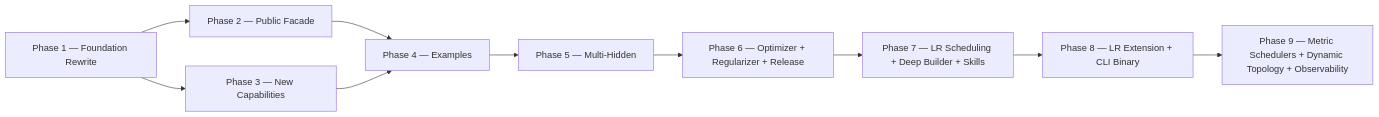
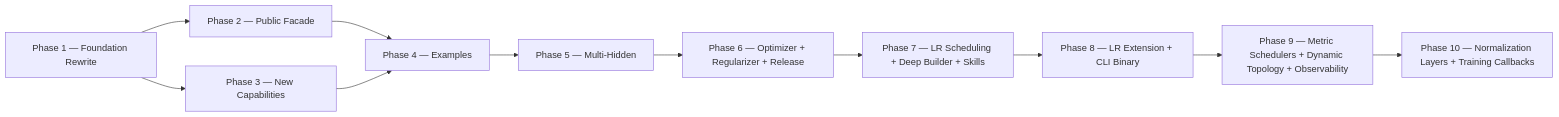
One commit to teratron/gonn changed the diagram in .design/PLAN.md. Above: the diagram before and after it, drawn with Mermaid. The commit also changed other lines of this file and 7 other files, not shown here.

Commit message:
feat(plan): scope Phase 10 — normalization layers + training callbacks (v0.9.0)

````diff
--- a/.design/PLAN.md
+++ b/.design/PLAN.md
@@ -177,12 +188,13 @@
 ```mermaid
 graph LR
   A1[Phase 1 — Foundation Rewrite] --> B1[Phase 2 — Public Facade]
   A1 --> C1[Phase 3 — New Capabilities]
   B1 --> D1[Phase 4 — Examples]
   C1 --> D1
   D1 --> E1[Phase 5 — Multi-Hidden]
   E1 --> F1[Phase 6 — Optimizer + Regularizer + Release]
   F1 --> G1[Phase 7 — LR Scheduling + Deep Builder + Skills]
   G1 --> H1[Phase 8 — LR Extension + CLI Binary]
   H1 --> I1[Phase 9 — Metric Schedulers + Dynamic Topology + Observability]
+  I1 --> J1[Phase 10 — Normalization Layers + Training Callbacks]
 ```
````
